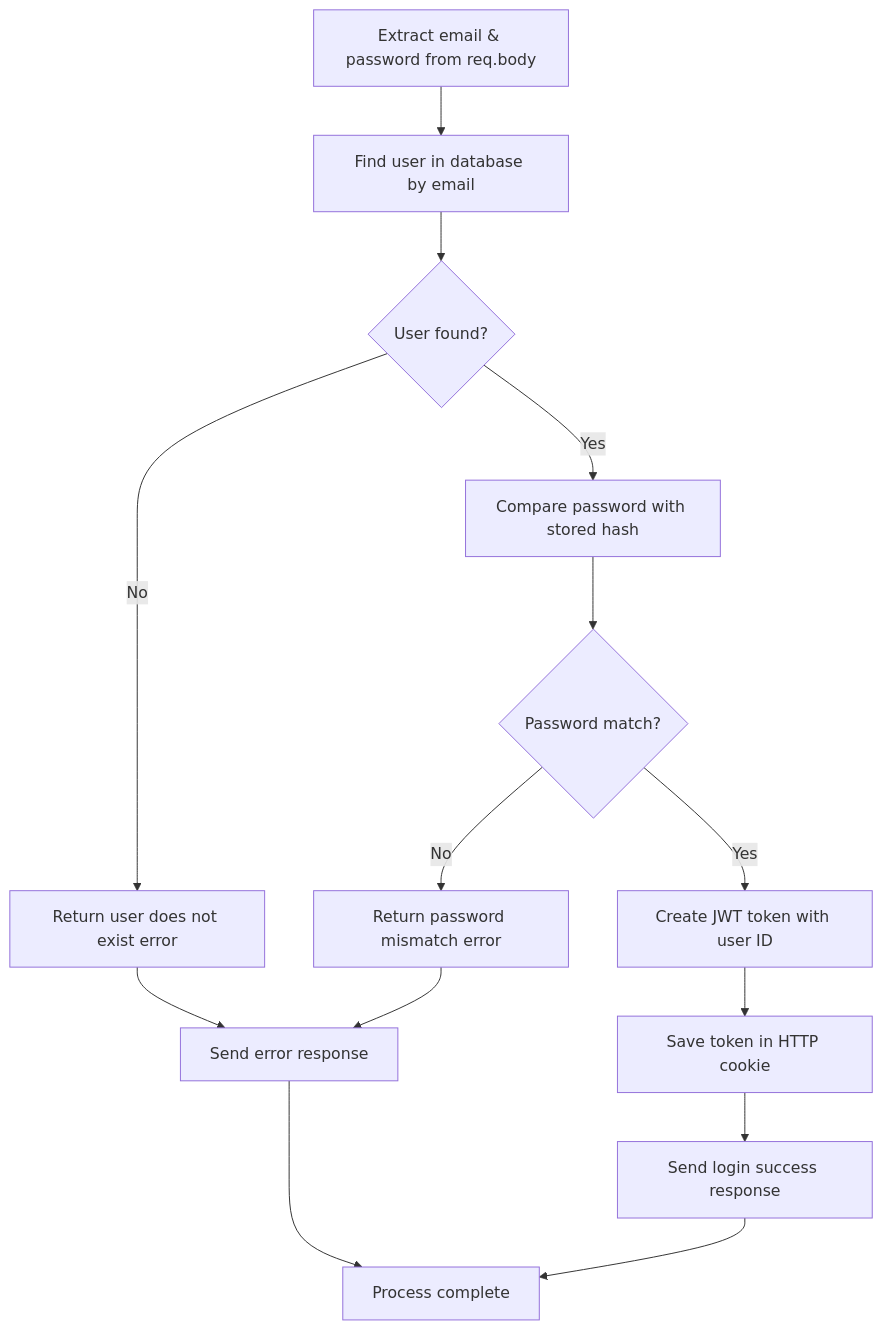
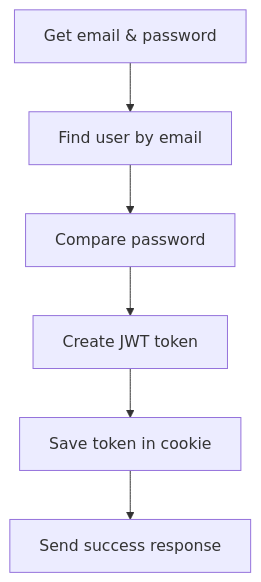
The third of 11 diagrams in README.md (thehiten/node-js-code), drawn with Mermaid before and after one commit. The commit also changed other lines of this file, not shown here.

````diff
--- a/README.md
+++ b/README.md
@@ -139,16 +123,8 @@
 ```mermaid
 graph TD
-    A[Extract email & password from req.body] --> B[Find user in database by email]
-    B --> C{User found?}
-    C -->|No| D[Return user does not exist error]
-    C -->|Yes| E[Compare password with stored hash]
-    E --> F{Password match?}
-    F -->|No| G[Return password mismatch error]
-    F -->|Yes| H[Create JWT token with user ID]
-    H --> I[Save token in HTTP cookie]
-    I --> J[Send login success response]
-    D --> K[Send error response]
-    G --> K
-    J --> L[Process complete]
-    K --> L
+    A[Get email & password] --> B[Find user by email]
+    B --> C[Compare password]
+    C --> D[Create JWT token]
+    D --> E[Save token in cookie]
+    E --> F[Send success response]
 ```
````
